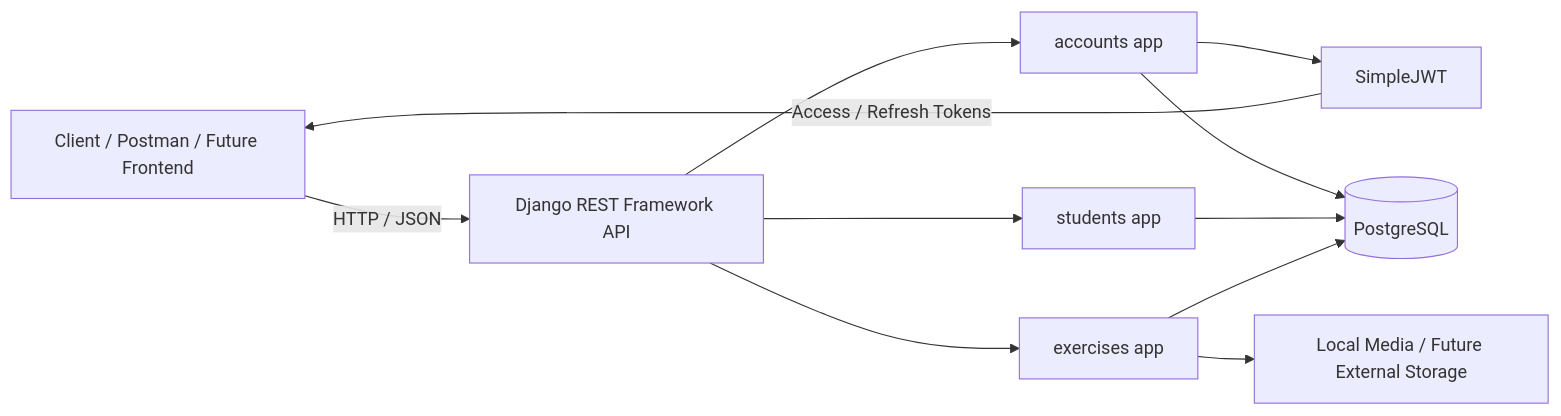
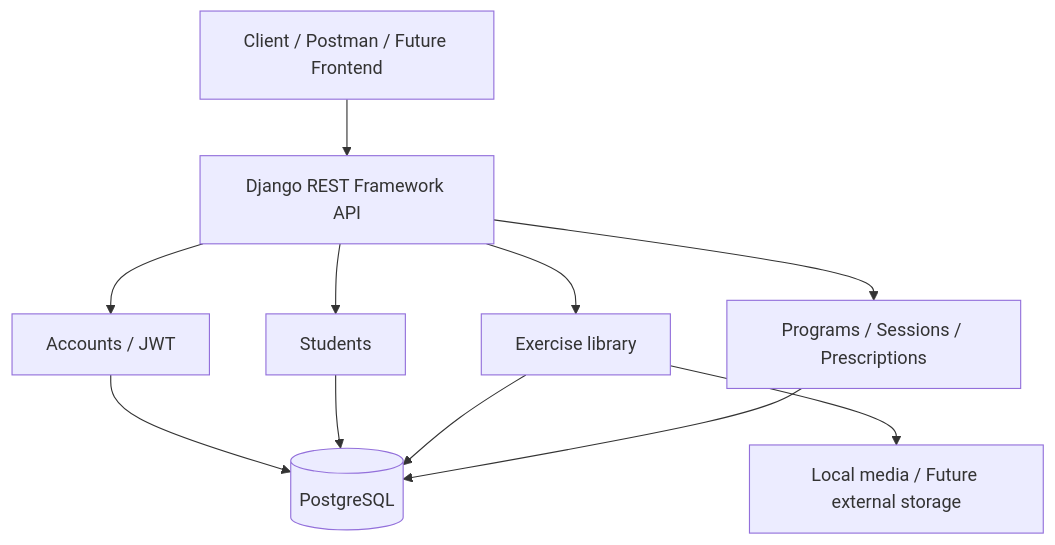
Before and after one commit to arman-031/coach-management-system: the first of 2 diagrams in README.md, drawn with Mermaid. The commit also changed other lines of this file, not shown here.

Commit message:
Sync README with program APIs and document manual Postman testing

````diff
--- a/README.md
+++ b/README.md
@@ -69,24 +77,13 @@
 ```mermaid
-flowchart LR
-    Client[Client / Postman / Future Frontend]
-    API[Django REST Framework API]
-    Auth[accounts app]
-    Students[students app]
-    Exercises[exercises app]
-    JWT[SimpleJWT]
-    DB[(PostgreSQL)]
-    Media[Local Media / Future External Storage]
-
-    Client -->|HTTP / JSON| API
-    API --> Auth
-    API --> Students
-    API --> Exercises
-
-    Auth --> JWT
-    Auth --> DB
+flowchart TD
+    Client["Client / Postman / Future Frontend"] --> API["Django REST Framework API"]
+    API --> Auth["Accounts / JWT"]
+    API --> Students["Students"]
+    API --> Exercises["Exercise library"]
+    API --> Programs["Programs / Sessions / Prescriptions"]
+    Auth --> DB[(PostgreSQL)]
     Students --> DB
     Exercises --> DB
-    Exercises --> Media
-
-    JWT -->|Access / Refresh Tokens| Client
+    Programs --> DB
+    Exercises --> Media["Local media / Future external storage"]
 ```
````
